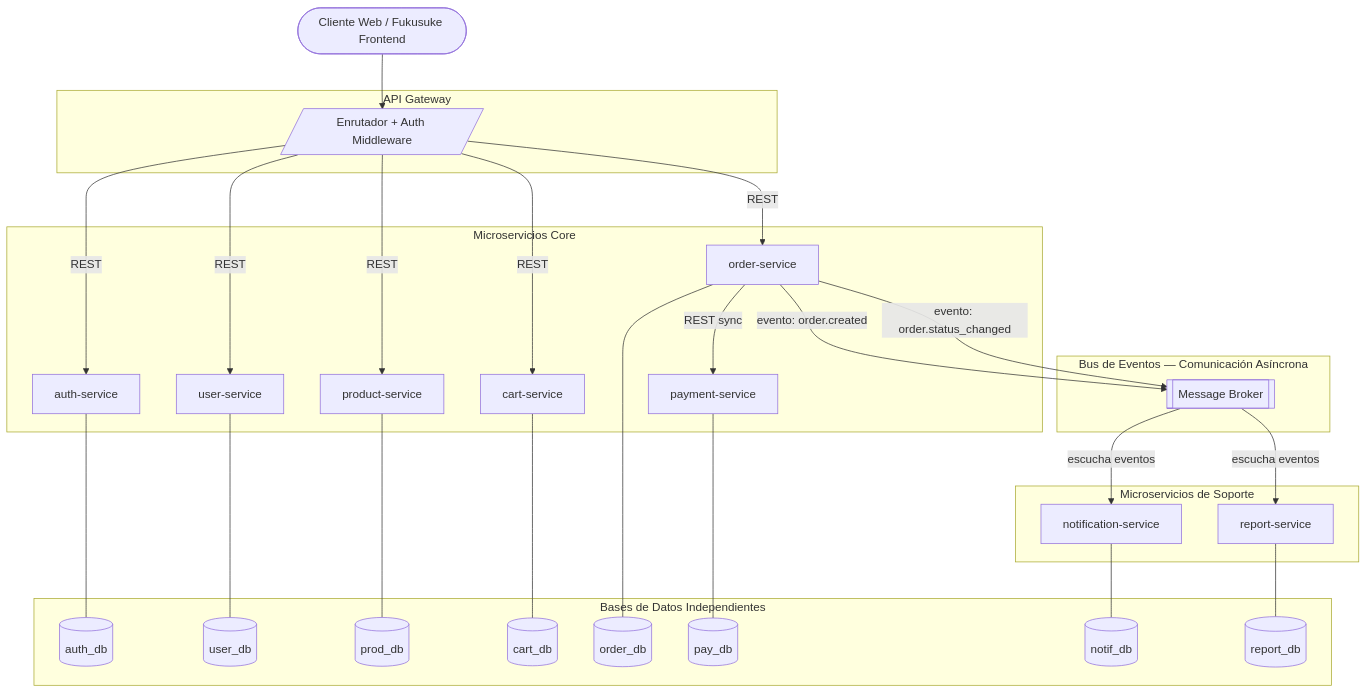
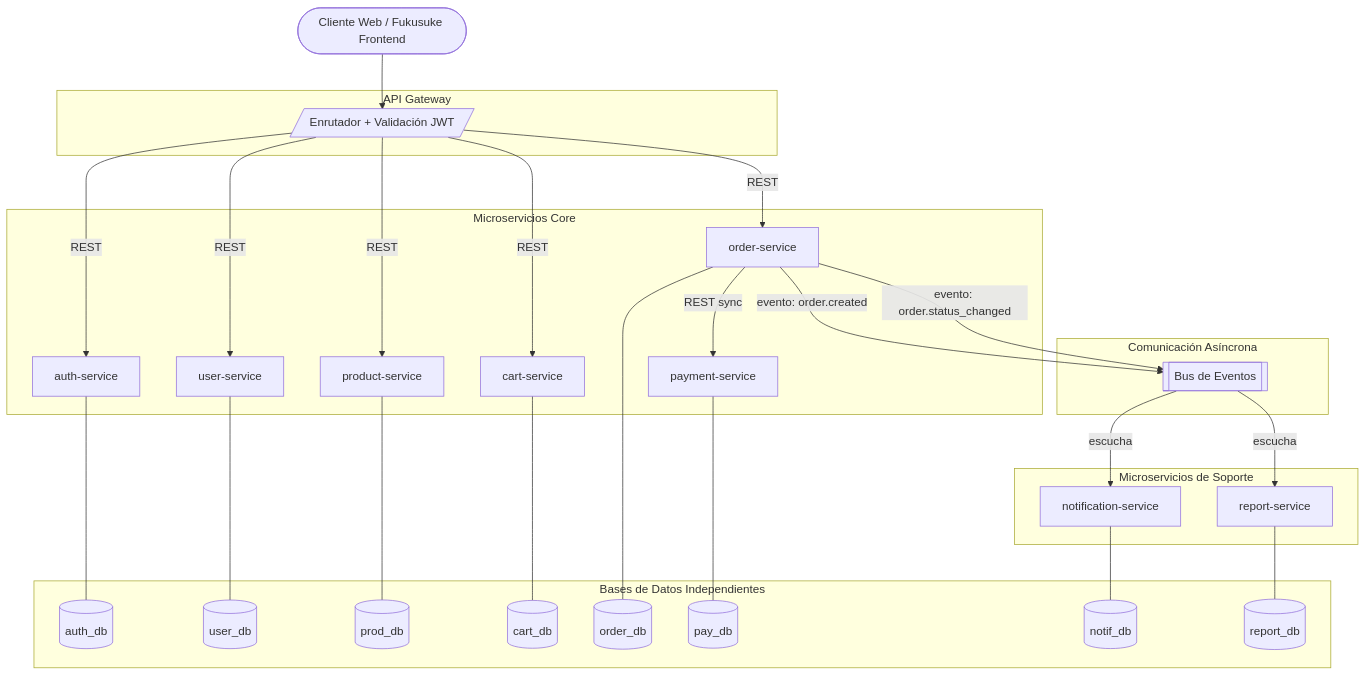
The first of 12 diagrams in BackEnd-Arquitectura.md (holyusm/INF-301-WWW), drawn with Mermaid before and after one commit. The commit also changed other lines of this file, not shown here.

````diff
--- a/BackEnd-Arquitectura.md
+++ b/BackEnd-Arquitectura.md
@@ -24,59 +28,59 @@
 ```mermaid
 flowchart TD
     Client([Cliente Web / Fukusuke Frontend])
 
     subgraph Gateway["API Gateway"]
-        AG[/Enrutador + Auth Middleware/]
+        AG[/Enrutador + Validación JWT/]
     end
 
     subgraph Core["Microservicios Core"]
         AUTH[auth-service]
         USER[user-service]
         PROD[product-service]
         CART[cart-service]
         ORDER[order-service]
         PAY[payment-service]
     end
 
     subgraph Support["Microservicios de Soporte"]
         NOTIF[notification-service]
         REPORT[report-service]
     end
 
     subgraph Databases["Bases de Datos Independientes"]
         DB_AUTH[(auth_db)]
         DB_USER[(user_db)]
         DB_PROD[(prod_db)]
         DB_CART[(cart_db)]
         DB_ORDER[(order_db)]
         DB_PAY[(pay_db)]
         DB_NOTIF[(notif_db)]
         DB_REPORT[(report_db)]
     end
 
-    subgraph Events["Bus de Eventos — Comunicación Asíncrona"]
-        MB[[Message Broker]]
+    subgraph Events["Comunicación Asíncrona"]
+        MB[[Bus de Eventos]]
     end
 
     Client --> AG
     AG -->|REST| AUTH
     AG -->|REST| USER
     AG -->|REST| PROD
     AG -->|REST| CART
     AG -->|REST| ORDER
 
     ORDER -->|REST sync| PAY
     ORDER -->|evento: order.created| MB
     ORDER -->|evento: order.status_changed| MB
-    MB -->|escucha eventos| NOTIF
-    MB -->|escucha eventos| REPORT
+    MB -->|escucha| NOTIF
+    MB -->|escucha| REPORT
 
     AUTH --- DB_AUTH
     USER --- DB_USER
     PROD --- DB_PROD
     CART --- DB_CART
     ORDER --- DB_ORDER
     PAY --- DB_PAY
     NOTIF --- DB_NOTIF
     REPORT --- DB_REPORT
 ```
````
